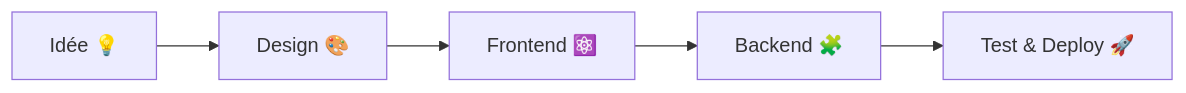
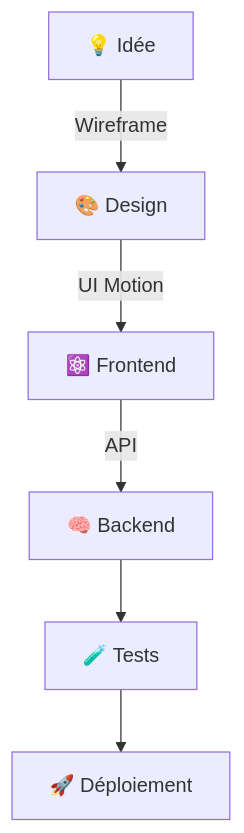
Before and after one commit to Meikaziku/Meikaziku: the diagram in README.md, drawn with Mermaid. The commit also changed other lines of this file, not shown here.

````diff
--- a/README.md
+++ b/README.md
@@ -31,7 +42,8 @@
 ```mermaid
-flowchart LR
-    A[Idée 💡] --> B[Design 🎨]
-    B --> C[Frontend ⚛️]
-    C --> D[Backend 🧩]
-    D --> E[Test & Deploy 🚀]
+flowchart TD
+    A[💡 Idée] -->|Wireframe| B[🎨 Design]
+    B -->|UI Motion| C[⚛️ Frontend]
+    C -->|API| D[🧠 Backend]
+    D --> E[🧪 Tests]
+    E --> F[🚀 Déploiement]
 ```
````
